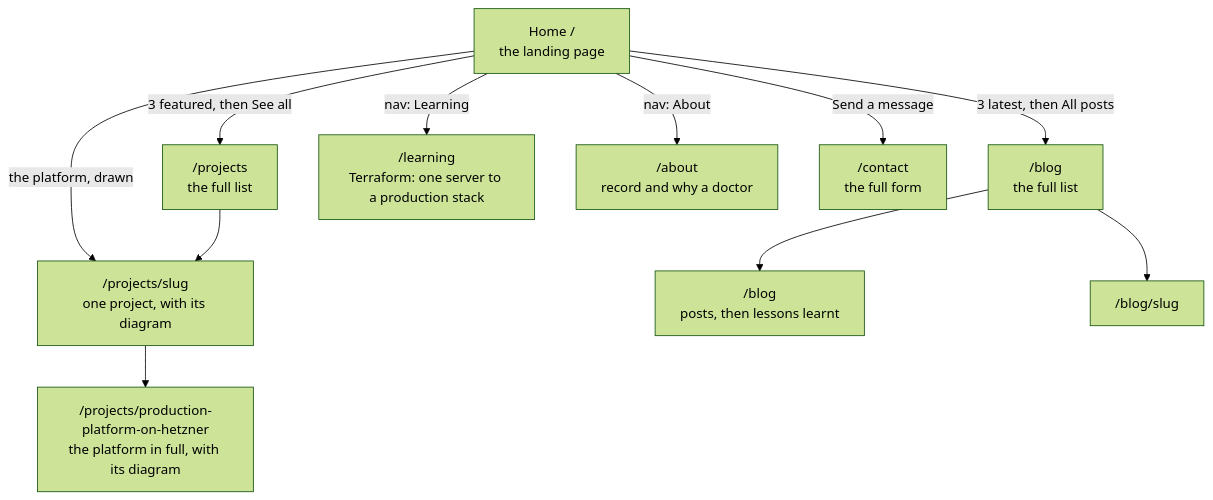
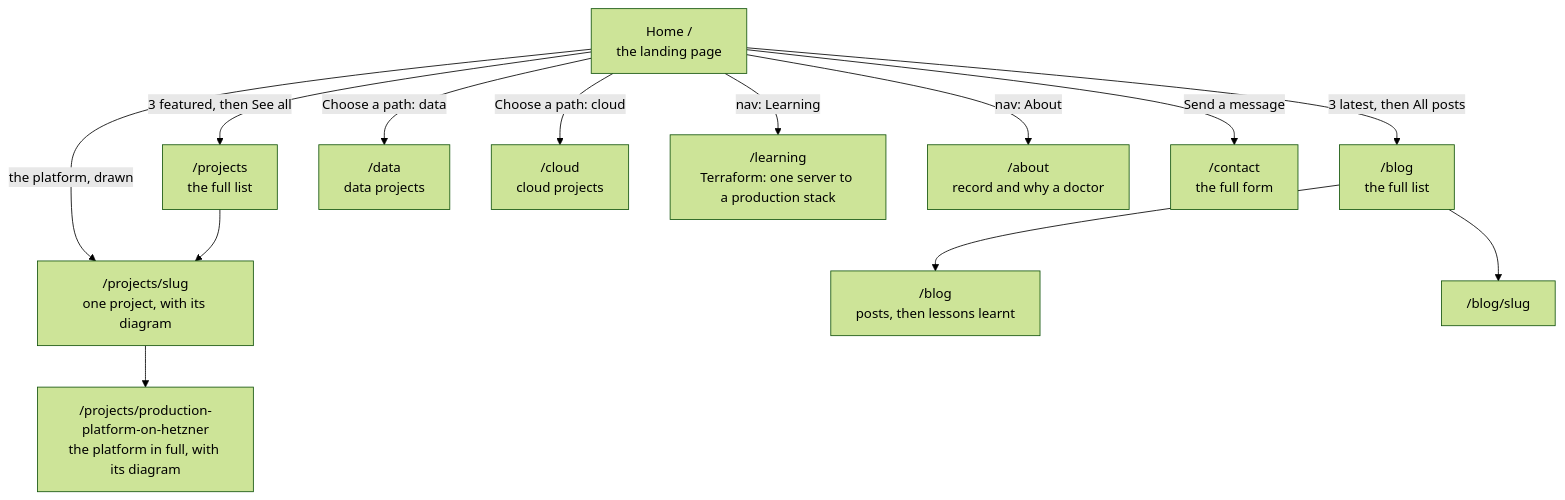
The first of 2 diagrams in docs/infra/09-site-structure-and-content.md (BamiseOmolaso/cloudportfoliowebsite), drawn with Mermaid (forest theme) before and after one commit. The commit also changed other lines of this file and 12 other files, not shown here.

First line of the commit message:
feat: add data and cloud tracks with a home page path chooser

````diff
--- a/docs/infra/09-site-structure-and-content.md
+++ b/docs/infra/09-site-structure-and-content.md
@@ -15,14 +15,16 @@
 ```mermaid
 flowchart TD
   H["Home /<br/>the landing page"]
   H -->|"the platform, drawn"| PS
   H -->|"3 featured, then See all"| P["/projects<br/>the full list"]
   H -->|"3 latest, then All posts"| B["/blog<br/>the full list"]
+  H -->|"Choose a path: data"| DT["/data<br/>data projects"]
+  H -->|"Choose a path: cloud"| CL["/cloud<br/>cloud projects"]
   H -->|"nav: Learning"| LR["/learning<br/>Terraform: one server to a production stack"]
   H -->|"nav: About"| AB["/about<br/>record and why a doctor"]
   H -->|"Send a message"| CF["/contact<br/>the full form"]
   P --> PS["/projects/slug<br/>one project, with its diagram"]
   PS --> PL["/projects/production-platform-on-hetzner<br/>the platform in full, with its diagram"]
   B --> L["/blog<br/>posts, then lessons learnt"]
   B --> BS["/blog/slug"]
 ```
````
